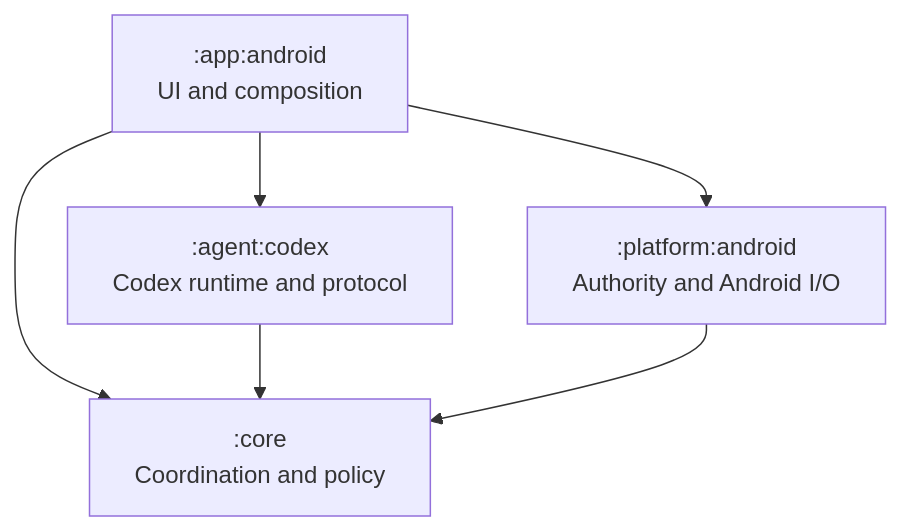
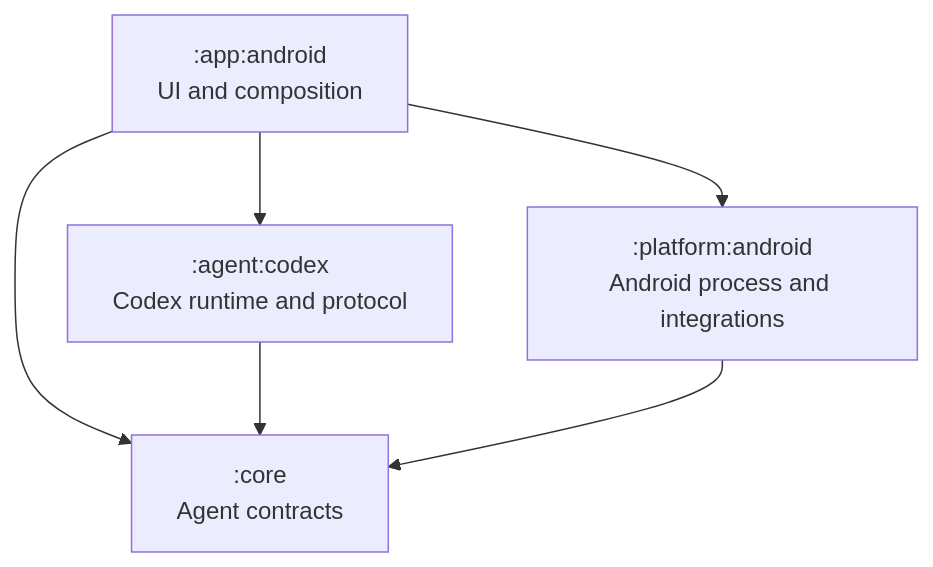
The diagram in docs/architecture.md (ciurlaro/codex-mobile), drawn with Mermaid before and after one commit. The commit also changed other lines of this file and 82 other files, not shown here.

````diff
--- a/docs/architecture.md
+++ b/docs/architecture.md
@@ -5,8 +5,8 @@
 ```mermaid
 flowchart TB
     App[":app:android<br/>UI and composition"] --> Agent[":agent:codex<br/>Codex runtime and protocol"]
-    App --> Platform[":platform:android<br/>Authority and Android I/O"]
-    App --> Core[":core<br/>Coordination and policy"]
+    App --> Platform[":platform:android<br/>Android process and integrations"]
+    App --> Core[":core<br/>Agent contracts"]
     Agent --> Core
     Platform --> Core
 ```
````
